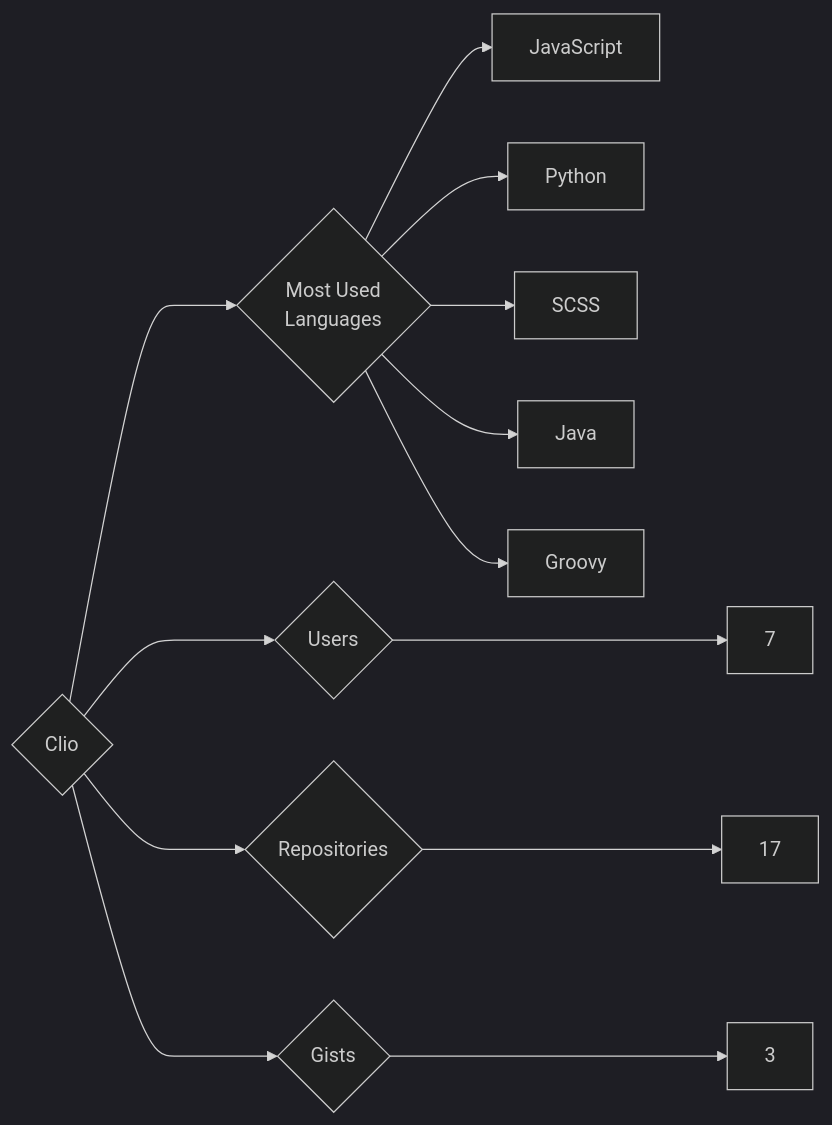
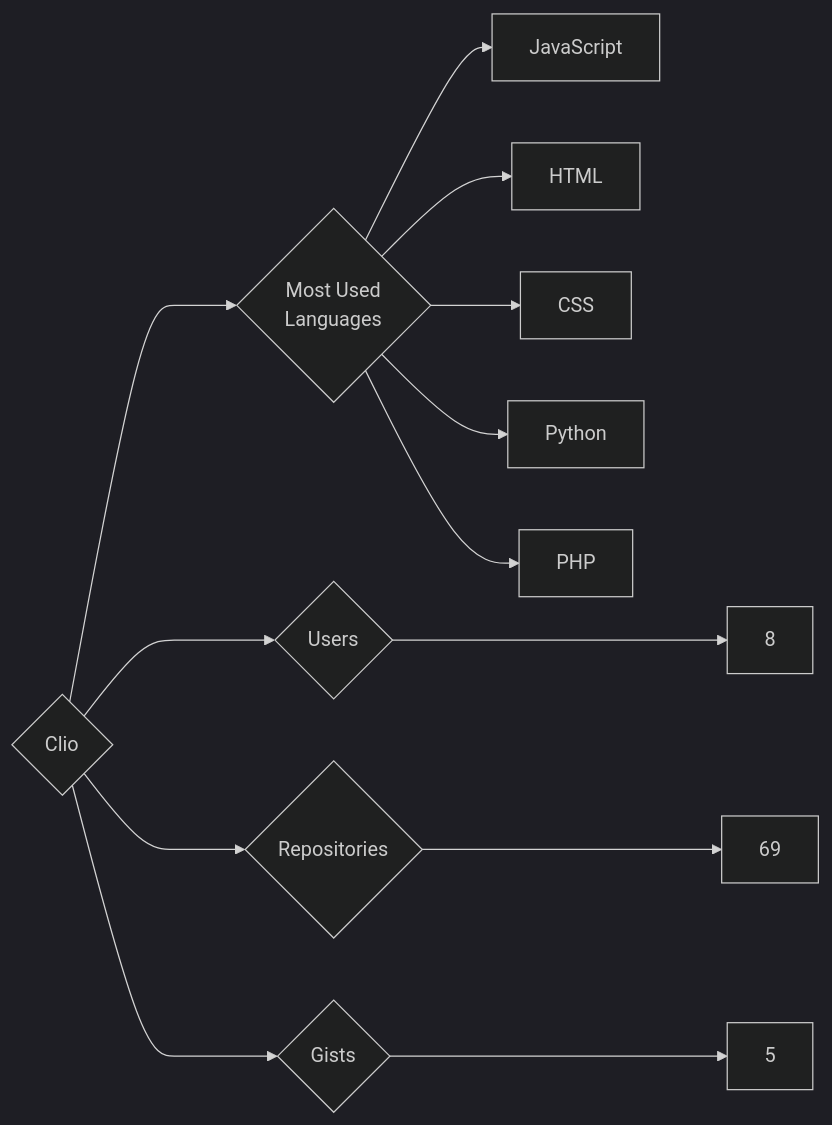
One commit to trickest/insiders changed the diagram in targets/Clio/README.md. Above: the diagram before and after it, drawn with Mermaid (dark theme). The commit also changed 988 other files, not shown here.

````diff
--- a/targets/Clio/README.md
+++ b/targets/Clio/README.md
@@ -3,13 +3,13 @@
 ```mermaid
 graph LR
 COMPANY_NAME{Clio}
-COMPANY_NAME ---> U{Users} ---> UN[7]
-COMPANY_NAME ---> R{Repositories} ---> RN[17]
-COMPANY_NAME ---> G{Gists} ---> GN[3]
+COMPANY_NAME ---> U{Users} ---> UN[8]
+COMPANY_NAME ---> R{Repositories} ---> RN[69]
+COMPANY_NAME ---> G{Gists} ---> GN[5]
 COMPANY_NAME ---> ML{Most Used<br>Languages}
 ML --> JavaScript[JavaScript]
+ML --> HTML[HTML]
+ML --> CSS[CSS]
 ML --> Python[Python]
-ML --> SCSS[SCSS]
-ML --> Java[Java]
-ML --> Groovy[Groovy]
+ML --> PHP[PHP]
 ```
````
